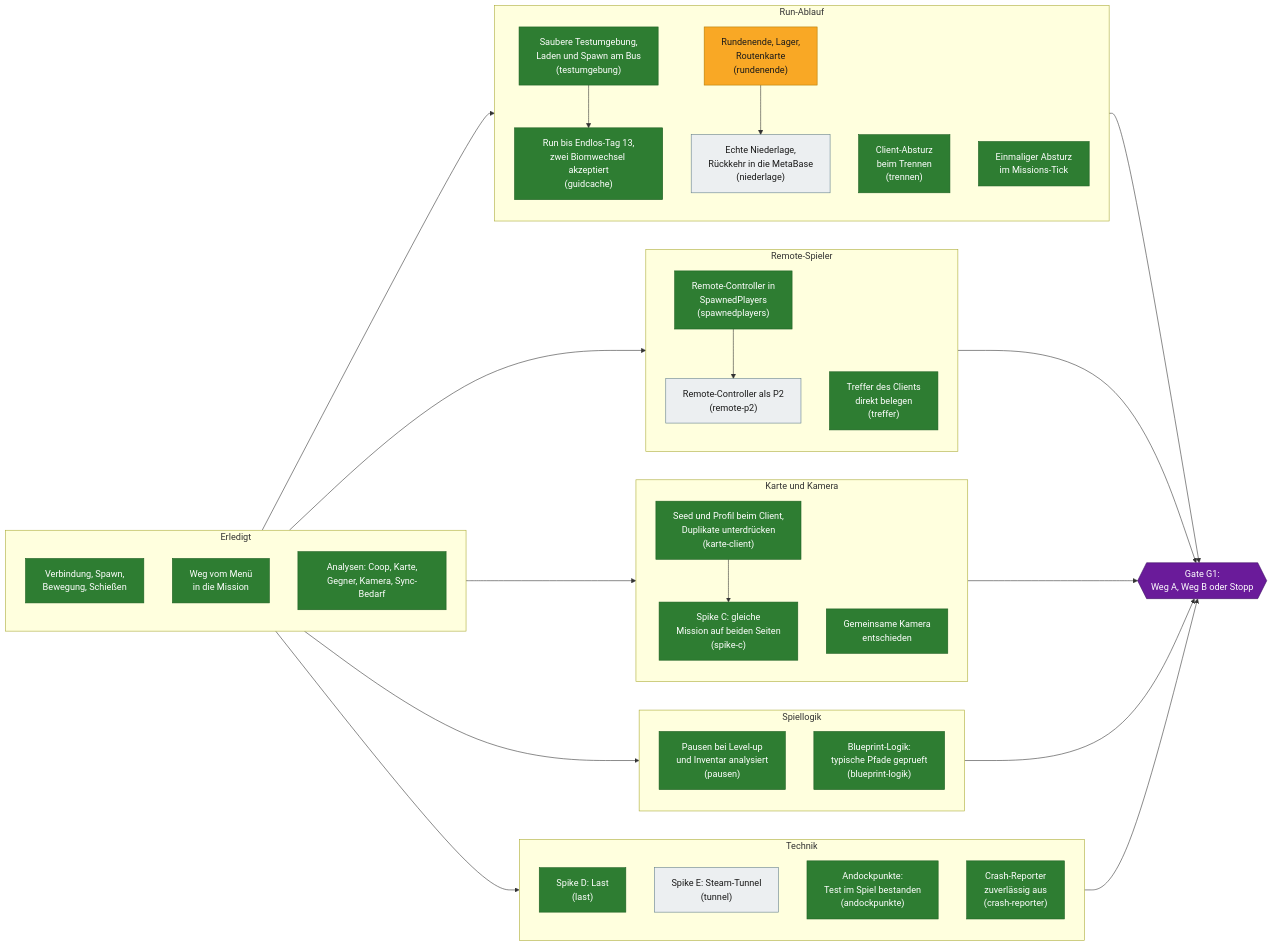
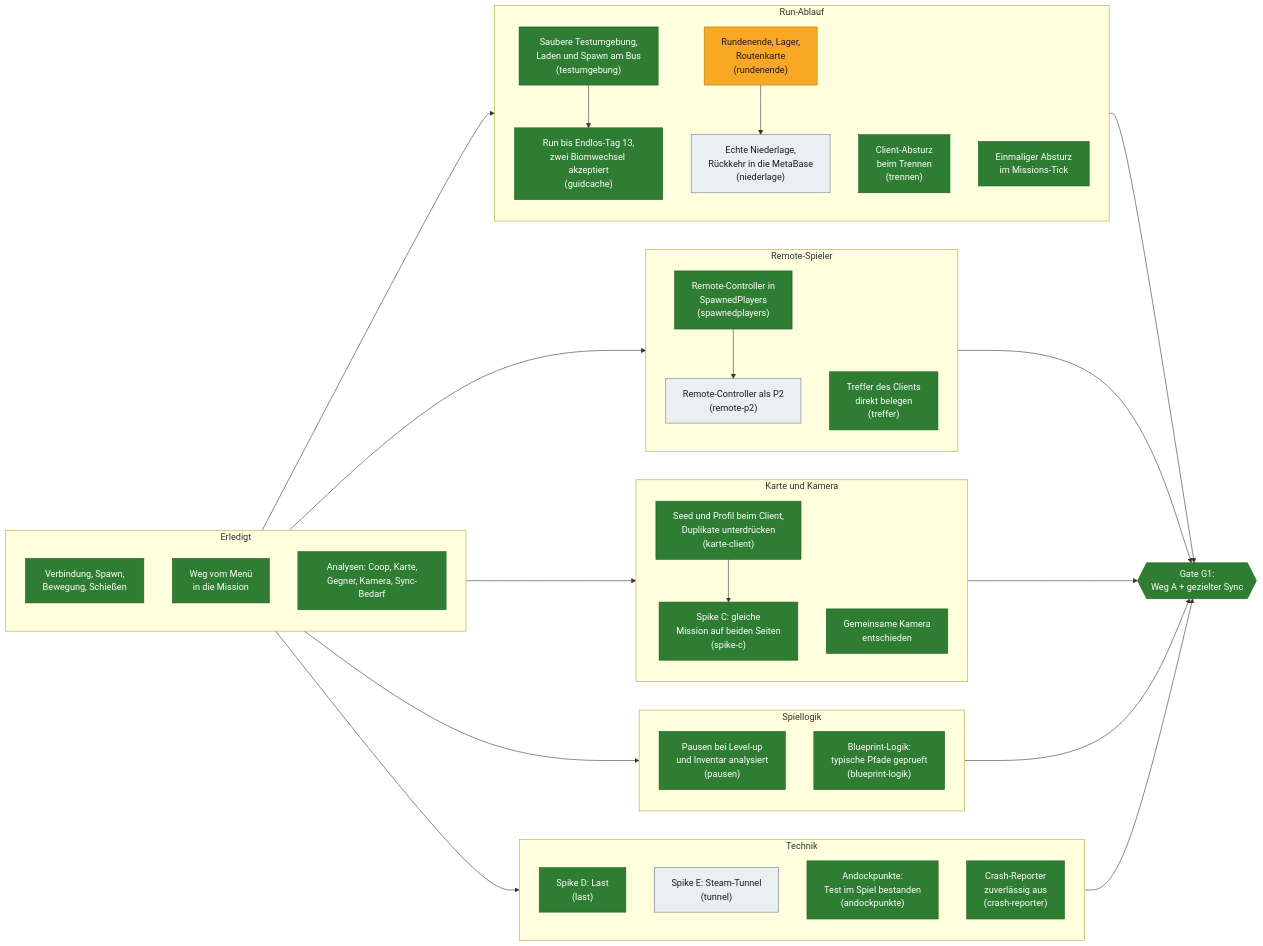
The second of 4 diagrams in docs/ROADMAP.md (VitaminStack/Deadly-Days-Roadtrip-Multiplayer-Mod), drawn with Mermaid before and after one commit. The commit also changed other lines of this file and 4 other files, not shown here.

Commit message:
gate-g1: Weg A mit gezieltem Sync verbindlich festlegen (#67)

````diff
--- a/docs/ROADMAP.md
+++ b/docs/ROADMAP.md
@@ -78,66 +79,66 @@
 ```mermaid
 flowchart LR
     subgraph BASIS["Erledigt"]
         A1["Verbindung, Spawn,<br/>Bewegung, Schießen"]:::done
         A2["Weg vom Menü<br/>in die Mission"]:::done
         A3["Analysen: Coop, Karte,<br/>Gegner, Kamera, Sync-Bedarf"]:::done
     end
 
     subgraph RUN["Run-Ablauf"]
         TE["Saubere Testumgebung,<br/>Laden und Spawn am Bus<br/>(testumgebung)"]:::done
         T3["Run bis Endlos-Tag 13,<br/>zwei Biomwechsel akzeptiert<br/>(guidcache)"]:::done
         TE --> T3
         RE["Rundenende, Lager,<br/>Routenkarte<br/>(rundenende)"]:::wip
         NI["Echte Niederlage,<br/>Rückkehr in die MetaBase<br/>(niederlage)"]:::open
         TR["Client-Absturz<br/>beim Trennen<br/>(trennen)"]:::done
         MT["Einmaliger Absturz<br/>im Missions-Tick"]:::done
         RE --> NI
     end
 
     subgraph SPIELER["Remote-Spieler"]
         SP["Remote-Controller in<br/>SpawnedPlayers<br/>(spawnedplayers)"]:::done
         RP["Remote-Controller als P2<br/>(remote-p2)"]:::open
         TF["Treffer des Clients<br/>direkt belegen<br/>(treffer)"]:::done
         SP --> RP
     end
 
     subgraph WELT["Karte und Kamera"]
         KC["Seed und Profil beim Client,<br/>Duplikate unterdrücken<br/>(karte-client)"]:::done
         SC["Spike C: gleiche<br/>Mission auf beiden Seiten<br/>(spike-c)"]:::done
         KE["Gemeinsame Kamera<br/>entschieden"]:::done
         KC --> SC
     end
 
     subgraph LOGIK["Spiellogik"]
         PA["Pausen bei Level-up<br/>und Inventar analysiert<br/>(pausen)"]:::done
         BP["Blueprint-Logik:<br/>typische Pfade geprueft<br/>(blueprint-logik)"]:::done
     end
 
     subgraph TECHNIK["Technik"]
         LA["Spike D: Last<br/>(last)"]:::done
         TU["Spike E: Steam-Tunnel<br/>(tunnel)"]:::open
         AP["Andockpunkte:<br/>Test im Spiel bestanden<br/>(andockpunkte)"]:::done
         CR["Crash-Reporter<br/>zuverlässig aus<br/>(crash-reporter)"]:::done
     end
 
     BASIS --> RUN
     BASIS --> SPIELER
     BASIS --> WELT
     BASIS --> LOGIK
     BASIS --> TECHNIK
 
     RUN --> G1
     SPIELER --> G1
     WELT --> G1
     LOGIK --> G1
     TECHNIK --> G1
 
-    G1{{"Gate G1:<br/>Weg A, Weg B oder Stopp"}}:::gate
+    G1{{"Gate G1:<br/>Weg A + gezielter Sync"}}:::done
 
     classDef done fill:#2e7d32,stroke:#1b5e20,color:#ffffff
     classDef wip fill:#f9a825,stroke:#b27a00,color:#1a1a1a
     classDef open fill:#eceff1,stroke:#607d8b,color:#1a1a1a
     classDef blocker fill:#c62828,stroke:#7f1d1d,color:#ffffff
     classDef decision fill:#ef6c00,stroke:#a34800,color:#ffffff
     classDef gate fill:#6a1b9a,stroke:#3e1163,color:#ffffff
 ```
````
